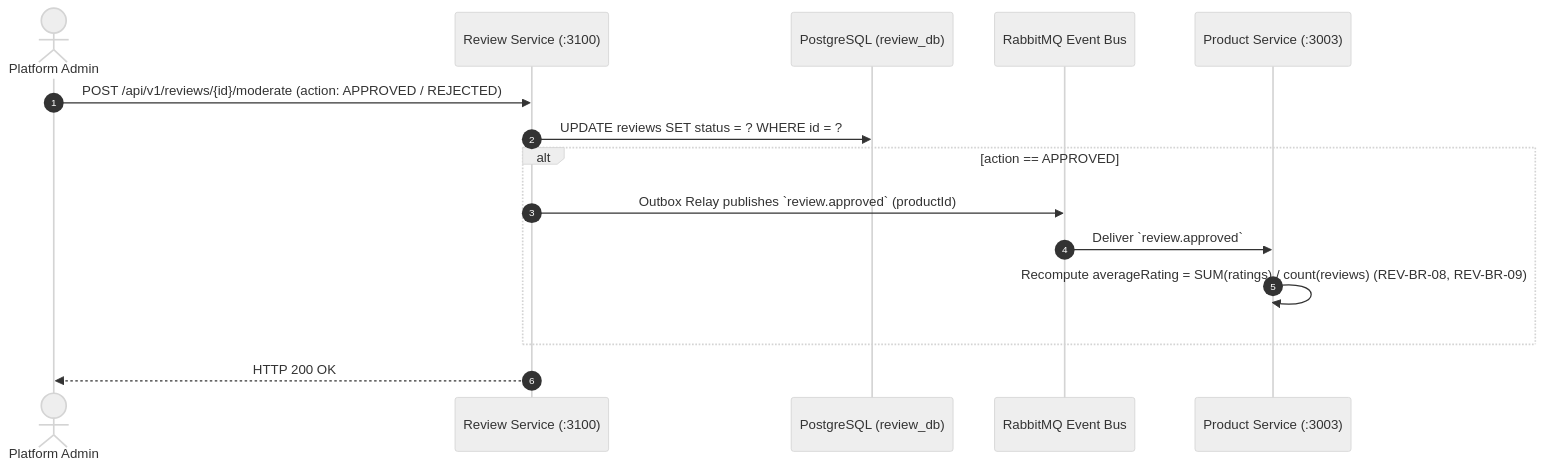
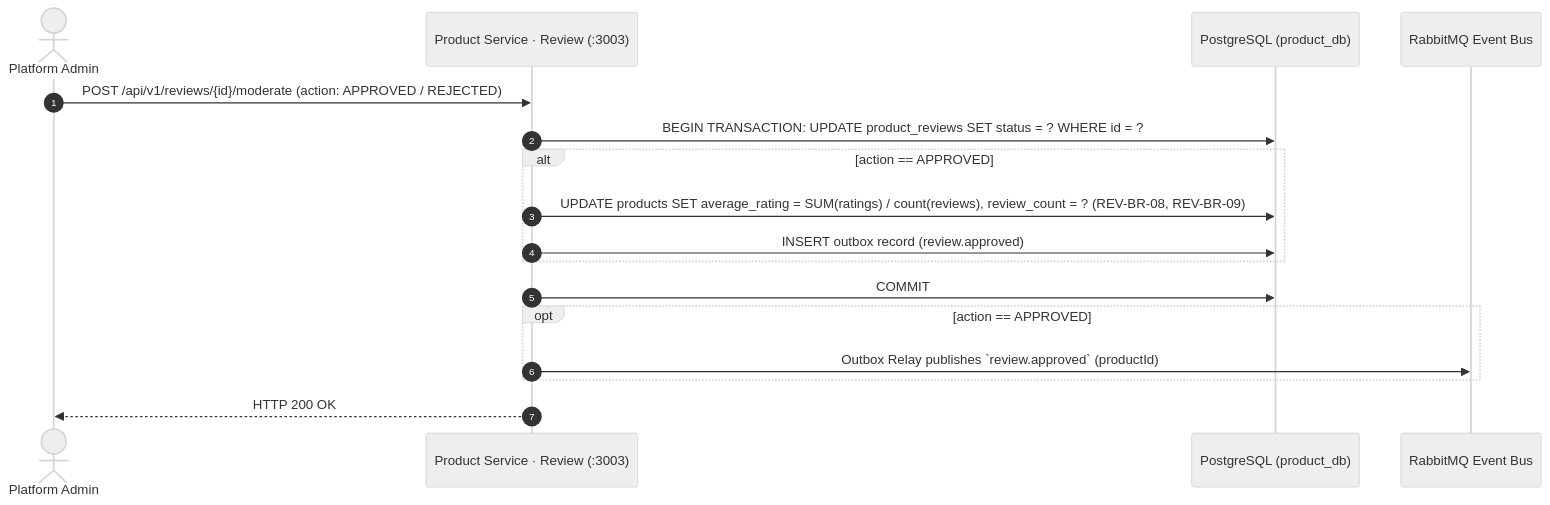
The diagram in .agent/workflows/review/moderate-review.md (nilernous/omni-ecommerce-platform), drawn with Mermaid (neutral theme) before and after one commit. The commit also changed other lines of this file and 54 other files, not shown here.

First line of the commit message:
docs: update architecture docs for the 12-service layout

````diff
--- a/.agent/workflows/review/moderate-review.md
+++ b/.agent/workflows/review/moderate-review.md
@@ -204,18 +204,20 @@
 ```mermaid
 sequenceDiagram
   autonumber
   actor Admin as Platform Admin
-  participant RevSvc as Review Service (:3100)
-  participant DB as PostgreSQL (review_db)
+  participant RevSvc as Product Service · Review (:3003)
+  participant DB as PostgreSQL (product_db)
   participant Broker as RabbitMQ Event Bus
-  participant PrdSvc as Product Service (:3003)
 
   Admin->>RevSvc: POST /api/v1/reviews/{id}/moderate (action: APPROVED / REJECTED)
-  RevSvc->>DB: UPDATE reviews SET status = ? WHERE id = ?
+  RevSvc->>DB: BEGIN TRANSACTION: UPDATE product_reviews SET status = ? WHERE id = ?
   alt action == APPROVED
+    RevSvc->>DB: UPDATE products SET average_rating = SUM(ratings) / count(reviews), review_count = ? (REV-BR-08, REV-BR-09)
+    RevSvc->>DB: INSERT outbox record (review.approved)
+  end
+  RevSvc->>DB: COMMIT
+  opt action == APPROVED
     RevSvc->>Broker: Outbox Relay publishes `review.approved` (productId)
-    Broker->>PrdSvc: Deliver `review.approved`
-    PrdSvc->>PrdSvc: Recompute averageRating = SUM(ratings) / count(reviews) (REV-BR-08, REV-BR-09)
   end
   RevSvc-->>Admin: HTTP 200 OK
 ```
````
